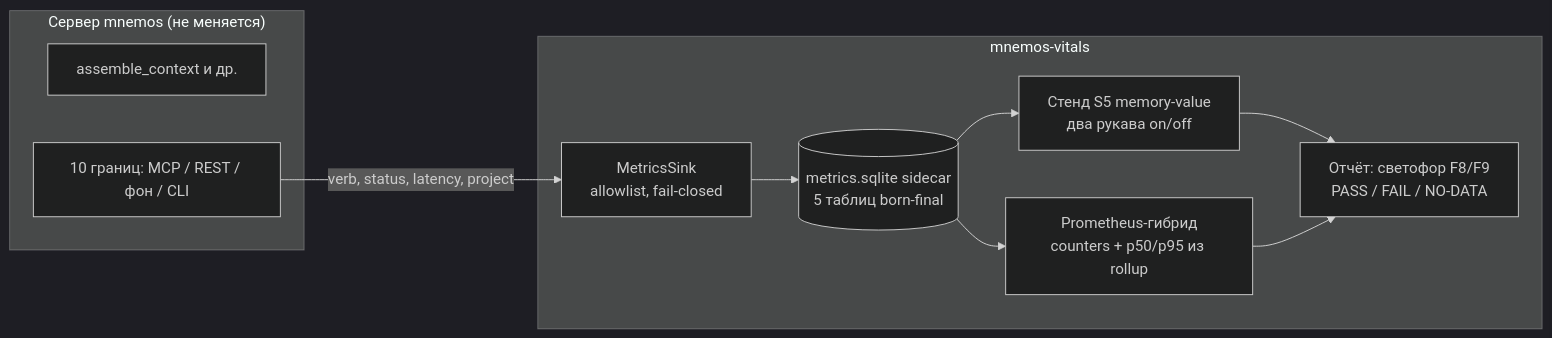
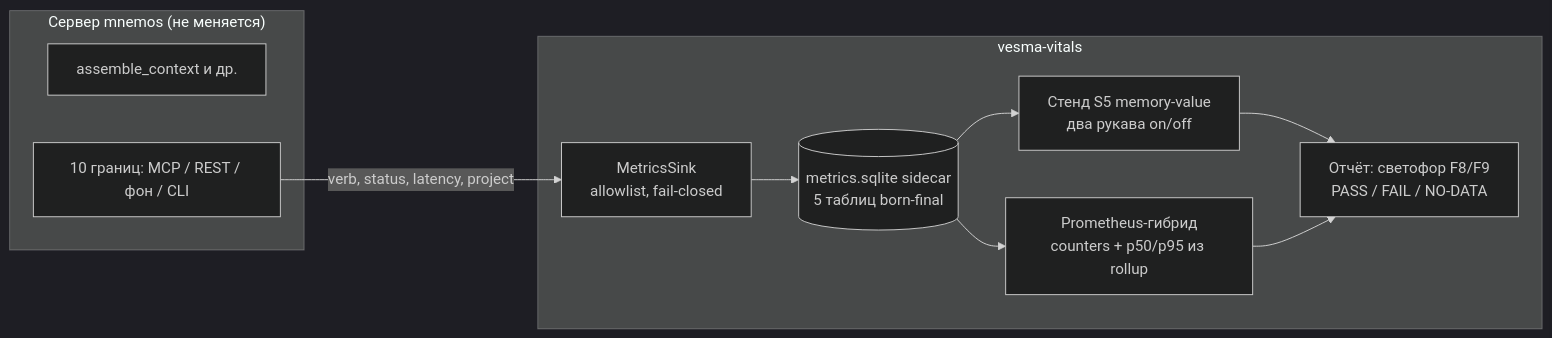
Before and after one commit to vesmaro/vesma-vitals: the diagram in README.md, drawn with Mermaid (dark theme). The commit also changed other lines of this file and 23 other files, not shown here.

Commit message:
refactor(brand): mnemos→vesma legends + package vesma_vitals

````diff
--- a/README.md
+++ b/README.md
@@ -53,20 +53,20 @@
 ```mermaid
 flowchart LR
     subgraph MNEMOS["Сервер mnemos (не меняется)"]
         AC[assemble_context и др.]
         EP[10 границ: MCP / REST / фон / CLI]
     end
-    subgraph VITALS["mnemos-vitals"]
+    subgraph VITALS["vesma-vitals"]
         SINK["MetricsSink<br/>allowlist, fail-closed"]
         LEDGER[("metrics.sqlite sidecar<br/>5 таблиц born-final")]
         S5["Стенд S5 memory-value<br/>два рукава on/off"]
         EXP["Prometheus-гибрид<br/>counters + p50/p95 из rollup"]
         REPORT["Отчёт: светофор F8/F9<br/>PASS / FAIL / NO-DATA"]
     end
     EP -->|verb, status, latency, project| SINK
     SINK --> LEDGER
     LEDGER --> EXP
     LEDGER --> S5
     S5 --> REPORT
     EXP --> REPORT
 ```
````
